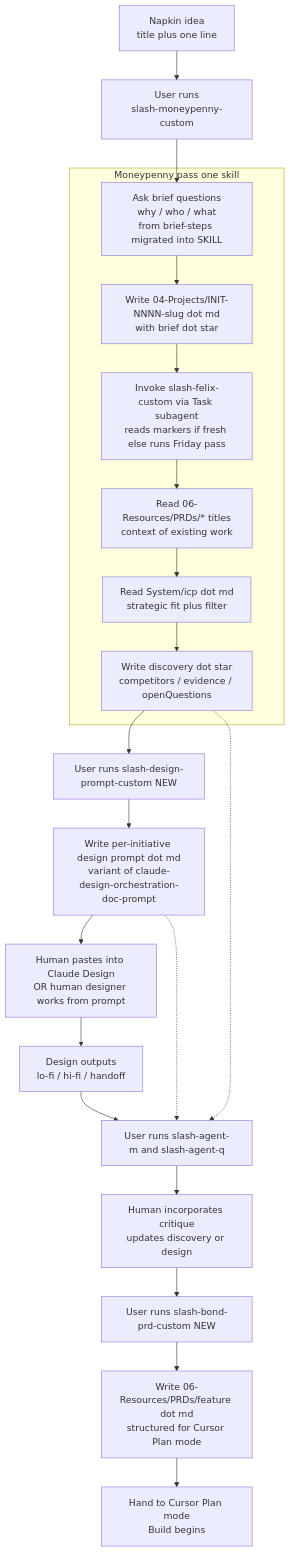
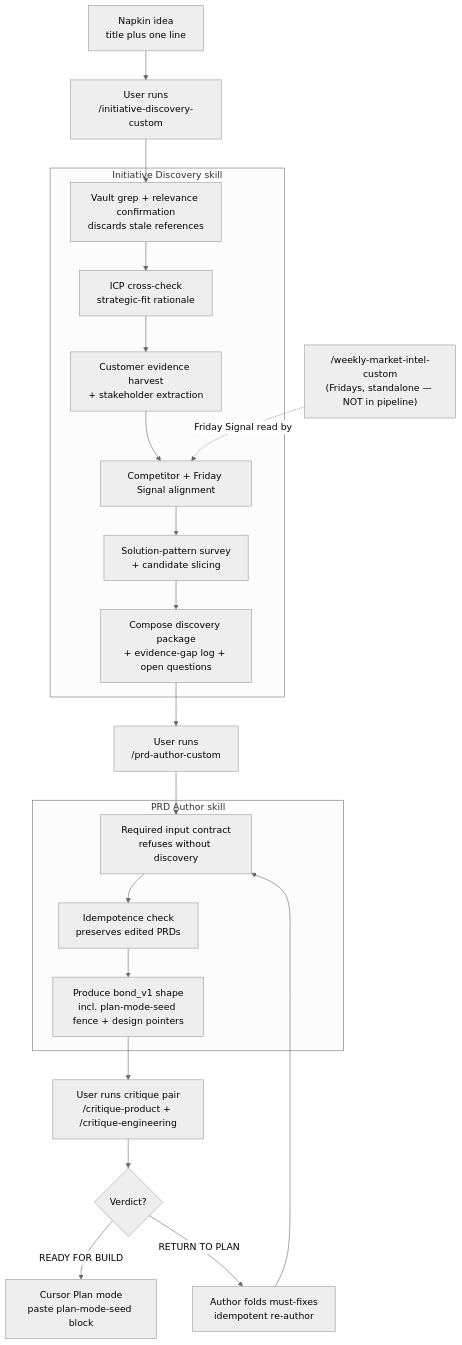
One commit to shaunstruwig007/Dex changed the first of 2 diagrams in plans/skill-pipeline/README.md. Above: the diagram before and after it, drawn with Mermaid. The commit also changed other lines of this file and 13 other files, not shown here.

````diff
--- a/plans/skill-pipeline/README.md
+++ b/plans/skill-pipeline/README.md
@@ -19,30 +24,33 @@
 ```mermaid
+%%{init: {'theme': 'neutral'}}%%
 flowchart TD
     Idea["Napkin idea<br/>title plus one line"]
-    Idea --> MoneypennyStart["User runs<br/>slash-moneypenny-custom"]
+    Idea --> Discover["User runs<br/>/initiative-discovery-custom"]
 
-    subgraph MoneypennyPass [Moneypenny pass one skill]
-        Q1["Ask brief questions<br/>why / who / what<br/>from brief-steps migrated into SKILL"]
-        Q1 --> WriteInit["Write 04-Projects/INIT-NNNN-slug dot md<br/>with brief dot star"]
-        WriteInit --> InvokeFelix["Invoke slash-felix-custom via Task subagent<br/>reads markers if fresh else runs Friday pass"]
-        InvokeFelix --> ReadPRDs["Read 06-Resources/PRDs/* titles<br/>context of existing work"]
-        ReadPRDs --> ReadICP["Read System/icp dot md<br/>strategic fit plus filter"]
-        ReadICP --> WriteDiscovery["Write discovery dot star<br/>competitors / evidence / openQuestions"]
+    subgraph Discovery [Initiative Discovery skill]
+        D1["Vault grep + relevance confirmation<br/>discards stale references"]
+        D1 --> D2["ICP cross-check<br/>strategic-fit rationale"]
+        D2 --> D3["Customer evidence harvest<br/>+ stakeholder extraction"]
+        D3 --> D4["Competitor + Friday Signal alignment"]
+        D4 --> D5["Solution-pattern survey<br/>+ candidate slicing"]
+        D5 --> D6["Compose discovery package<br/>+ evidence-gap log + open questions"]
     end
 
-    MoneypennyStart --> Q1
-    WriteDiscovery --> DesignSkill["User runs slash-design-prompt-custom NEW"]
-    DesignSkill --> PromptMd["Write per-initiative design prompt dot md<br/>variant of claude-design-orchestration-doc-prompt"]
+    Discover --> D1
+    D6 --> AuthorPRD["User runs<br/>/prd-author-custom"]
 
-    PromptMd --> HumanDesign["Human pastes into Claude Design<br/>OR human designer works from prompt"]
-    HumanDesign --> DesignOutputs["Design outputs<br/>lo-fi / hi-fi / handoff"]
+    subgraph PRDAuthoring [PRD Author skill]
+        P1["Required input contract<br/>refuses without discovery"]
+        P1 --> P2["Idempotence check<br/>preserves edited PRDs"]
+        P2 --> P3["Produce bond_v1 shape<br/>incl. plan-mode-seed fence + design pointers"]
+    end
 
-    DesignOutputs --> Critique["User runs slash-agent-m and slash-agent-q"]
-    WriteDiscovery -.-> Critique
-    PromptMd -.-> Critique
+    AuthorPRD --> P1
+    P3 --> Critique["User runs critique pair<br/>/critique-product + /critique-engineering"]
+    Critique --> Verdict{"Verdict?"}
+    Verdict -->|"READY FOR BUILD"| Plan["Cursor Plan mode<br/>paste plan-mode-seed block"]
+    Verdict -->|"RETURN TO PLAN"| Fold["Author folds must-fixes<br/>idempotent re-author"]
+    Fold --> P1
 
-    Critique --> Revise["Human incorporates critique<br/>updates discovery or design"]
-    Revise --> Bond["User runs slash-bond-prd-custom NEW"]
-    Bond --> PRD["Write 06-Resources/PRDs/feature dot md<br/>structured for Cursor Plan mode"]
-    PRD --> Handoff["Hand to Cursor Plan mode<br/>Build begins"]
+    Felix["/weekly-market-intel-custom<br/>(Fridays, standalone — NOT in pipeline)"] -.->|"Friday Signal read by"| D4
 ```
````
